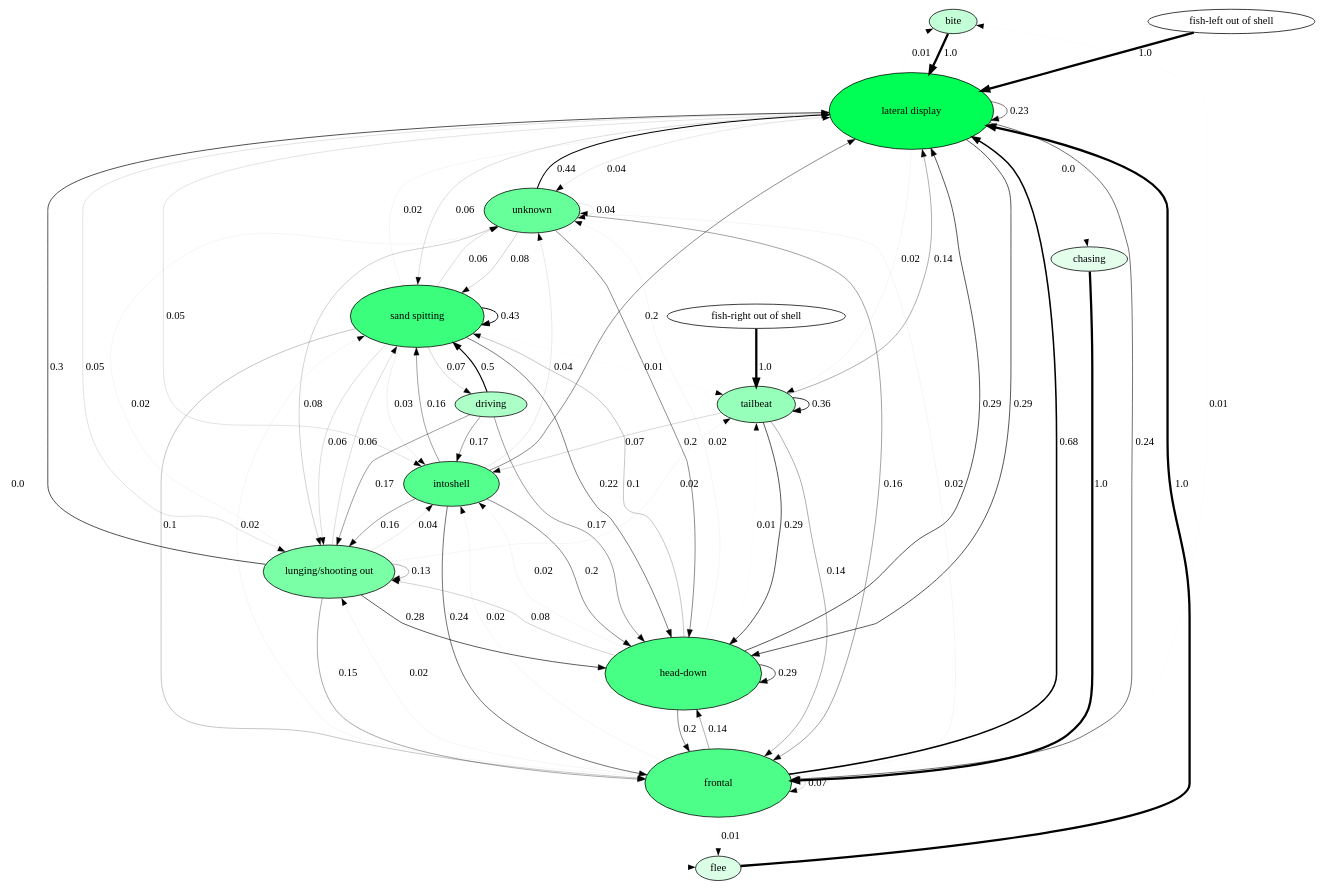
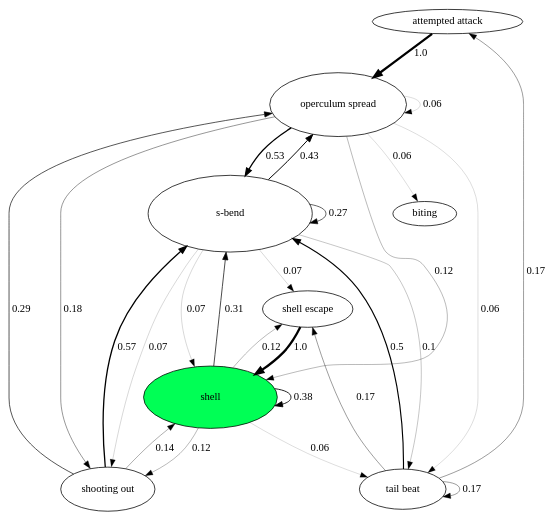
Before and after one commit to nicolkraus/AnalyzeBehavior: the diagram in images/transitions.gv, drawn with Graphviz. The commit also changed 16 other files, not shown here.

```diff
--- a/images/transitions.gv
+++ b/images/transitions.gv
@@ -1,87 +1,36 @@
 digraph  {
-bite [fillcolor="0.3888888888888889 0.23460980592076922 1", height="0.4089769934037396", style=filled, tooltip="what should &#013; be here", width="0.8763792715794421"];
-"lateral display" [fillcolor="0.3888888888888889 1.0 1", height="1.4", style=filled, tooltip="what should &#013; be here", width="3.0"];
-chasing [fillcolor="0.3888888888888889 0.10638000034776231 1", height="0.0", style=filled, tooltip="what should &#013; be here", width="0.0"];
-frontal [fillcolor="0.3888888888888889 0.6942382155338318 1", height="1.250224684719749", style=filled, tooltip="what should &#013; be here", width="2.6790528958280335"];
-driving [fillcolor="0.3888888888888889 0.32039363347958144 1", height="0.455307032949974", style=filled, tooltip="what should &#013; be here", width="0.9756579277499443"];
-"head-down" [fillcolor="0.3888888888888889 0.7159516264311926 1", height="1.3346640951735487", style=filled, tooltip="what should &#013; be here", width="2.8599944896576046"];
-intoshell [fillcolor="0.3888888888888889 0.6669990191860939 1", height="0.8179539868074792", style=filled, tooltip="what should &#013; be here", width="1.7527585431588841"];
-"lunging/shooting out" [fillcolor="0.3888888888888889 0.521376944768488 1", height="0.9783675270371591", style=filled, tooltip="what should &#013; be here", width="2.0965018436510556"];
-"sand spitting" [fillcolor="0.3888888888888889 0.7654759743606253 1", height="1.1377436399965202", style=filled, tooltip="what should &#013; be here", width="2.4380220857068293"];
-"fish-left out of shell" [fillcolor="0.3888888888888889 0.0 1", height="0.0", style=filled, tooltip="what should &#013; be here", width="0.0"];
-"fish-right out of shell" [fillcolor="0.3888888888888889 0.0 1", height="0.0", style=filled, tooltip="what should &#013; be here", width="0.0"];
-tailbeat [fillcolor="0.3888888888888889 0.40919505060510486 1", height="0.6706153270950386", style=filled, tooltip="what should &#013; be here", width="1.4370328437750828"];
-flee [fillcolor="0.3888888888888889 0.14411890605811684 1", height="0.17613680385032734", style=filled, tooltip="what should &#013; be here", width="0.37743600825070145"];
-unknown [fillcolor="0.3888888888888889 0.5939197308744592 1", height="0.8179539868074792", style=filled, tooltip="what should &#013; be here", width="1.7527585431588841"];
-bite -> "lateral display"  [label="1.0", penwidth="3.0"];
-"lateral display" -> bite  [label="0.01", penwidth="0.03"];
-"lateral display" -> chasing  [label="0.0", penwidth="0.0"];
-"lateral display" -> flee  [label="0.0", penwidth="0.0"];
-"lateral display" -> frontal  [label="0.24", penwidth="0.72"];
-"lateral display" -> "head-down"  [label="0.29", penwidth="0.8699999999999999"];
-"lateral display" -> intoshell  [label="0.05", penwidth="0.15000000000000002"];
-"lateral display" -> "lateral display"  [label="0.23", penwidth="0.6900000000000001"];
-"lateral display" -> "lunging/shooting out"  [label="0.05", penwidth="0.15000000000000002"];
-"lateral display" -> "sand spitting"  [label="0.06", penwidth="0.18"];
-"lateral display" -> tailbeat  [label="0.02", penwidth="0.06"];
-"lateral display" -> unknown  [label="0.04", penwidth="0.12"];
-chasing -> frontal  [label="1.0", penwidth="3.0"];
-frontal -> bite  [label="0.01", penwidth="0.03"];
-frontal -> flee  [label="0.01", penwidth="0.03"];
-frontal -> frontal  [label="0.07", penwidth="0.21000000000000002"];
-frontal -> "head-down"  [label="0.14", penwidth="0.42000000000000004"];
-frontal -> intoshell  [label="0.02", penwidth="0.06"];
-frontal -> "lateral display"  [label="0.68", penwidth="2.04"];
-frontal -> "lunging/shooting out"  [label="0.02", penwidth="0.06"];
-frontal -> "sand spitting"  [label="0.02", penwidth="0.06"];
-frontal -> unknown  [label="0.02", penwidth="0.06"];
-driving -> "head-down"  [label="0.17", penwidth="0.51"];
-driving -> intoshell  [label="0.17", penwidth="0.51"];
-driving -> "lunging/shooting out"  [label="0.17", penwidth="0.51"];
-driving -> "sand spitting"  [label="0.5", penwidth="1.5"];
-"head-down" -> frontal  [label="0.2", penwidth="0.6000000000000001"];
-"head-down" -> "head-down"  [label="0.29", penwidth="0.8699999999999999"];
-"head-down" -> intoshell  [label="0.02", penwidth="0.06"];
-"head-down" -> "lateral display"  [label="0.29", penwidth="0.8699999999999999"];
-"head-down" -> "lunging/shooting out"  [label="0.08", penwidth="0.24"];
-"head-down" -> "sand spitting"  [label="0.1", penwidth="0.30000000000000004"];
-"head-down" -> tailbeat  [label="0.01", penwidth="0.03"];
-"head-down" -> unknown  [label="0.02", penwidth="0.06"];
-intoshell -> frontal  [label="0.24", penwidth="0.72"];
-intoshell -> "head-down"  [label="0.2", penwidth="0.6000000000000001"];
-intoshell -> "lateral display"  [label="0.2", penwidth="0.6000000000000001"];
-intoshell -> "lunging/shooting out"  [label="0.16", penwidth="0.48"];
-intoshell -> "sand spitting"  [label="0.16", penwidth="0.48"];
-intoshell -> unknown  [label="0.04", penwidth="0.12"];
-"lunging/shooting out" -> frontal  [label="0.15", penwidth="0.44999999999999996"];
-"lunging/shooting out" -> "head-down"  [label="0.28", penwidth="0.8400000000000001"];
-"lunging/shooting out" -> intoshell  [label="0.04", penwidth="0.12"];
-"lunging/shooting out" -> "lateral display"  [label="0.3", penwidth="0.8999999999999999"];
-"lunging/shooting out" -> "lunging/shooting out"  [label="0.13", penwidth="0.39"];
-"lunging/shooting out" -> "sand spitting"  [label="0.06", penwidth="0.18"];
-"lunging/shooting out" -> tailbeat  [label="0.02", penwidth="0.06"];
-"lunging/shooting out" -> unknown  [label="0.02", penwidth="0.06"];
-"sand spitting" -> driving  [label="0.07", penwidth="0.21000000000000002"];
-"sand spitting" -> frontal  [label="0.1", penwidth="0.30000000000000004"];
-"sand spitting" -> "head-down"  [label="0.22", penwidth="0.66"];
-"sand spitting" -> intoshell  [label="0.03", penwidth="0.09"];
-"sand spitting" -> "lateral display"  [label="0.02", penwidth="0.06"];
-"sand spitting" -> "lunging/shooting out"  [label="0.06", penwidth="0.18"];
-"sand spitting" -> "sand spitting"  [label="0.43", penwidth="1.29"];
-"sand spitting" -> tailbeat  [label="0.01", penwidth="0.03"];
-"sand spitting" -> unknown  [label="0.06", penwidth="0.18"];
-"fish-left out of shell" -> "lateral display"  [label="1.0", penwidth="3.0"];
-"fish-right out of shell" -> tailbeat  [label="1.0", penwidth="3.0"];
-tailbeat -> frontal  [label="0.14", penwidth="0.42000000000000004"];
-tailbeat -> "head-down"  [label="0.29", penwidth="0.8699999999999999"];
-tailbeat -> intoshell  [label="0.07", penwidth="0.21000000000000002"];
-tailbeat -> "lateral display"  [label="0.14", penwidth="0.42000000000000004"];
-tailbeat -> tailbeat  [label="0.36", penwidth="1.08"];
-flee -> "lateral display"  [label="1.0", penwidth="3.0"];
-unknown -> frontal  [label="0.16", penwidth="0.48"];
-unknown -> "head-down"  [label="0.2", penwidth="0.6000000000000001"];
-unknown -> "lateral display"  [label="0.44", penwidth="1.32"];
-unknown -> "lunging/shooting out"  [label="0.08", penwidth="0.24"];
-unknown -> "sand spitting"  [label="0.08", penwidth="0.24"];
-unknown -> unknown  [label="0.04", penwidth="0.12"];
+"attempted attack" [fillcolor="0.3888888888888889 0.0 1", height="0.0", style=filled, tooltip="what should &#013; be here", width="0.0"];
+"operculum spread" [fillcolor="0.3888888888888889 0.0 1", height="1.16620655509863", style=filled, tooltip="what should &#013; be here", width="2.4990140466399215"];
+biting [fillcolor="0.3888888888888889 0.0 1", height="0.0", style=filled, tooltip="what should &#013; be here", width="0.0"];
+"s-bend" [fillcolor="0.3888888888888889 0.0 1", height="1.4", style=filled, tooltip="what should &#013; be here", width="3.0"];
+shell [fillcolor="0.3888888888888889 1.0 1", height="1.1412522637068345", style=filled, tooltip="what should &#013; be here", width="2.445540565086074"];
+"shooting out" [fillcolor="0.3888888888888889 0.0 1", height="0.8009750399566912", style=filled, tooltip="what should &#013; be here", width="1.7163750856214812"];
+"tail beat" [fillcolor="0.3888888888888889 0.0 1", height="0.7375235763863248", style=filled, tooltip="what should &#013; be here", width="1.5804076636849818"];
+"shell escape" [fillcolor="0.3888888888888889 0.0 1", height="0.662476423613675", style=filled, tooltip="what should &#013; be here", width="1.4195923363150178"];
+"attempted attack" -> "operculum spread"  [label="1.0", penwidth="3.0"];
+"operculum spread" -> biting  [label="0.06", penwidth="0.18"];
+"operculum spread" -> "operculum spread"  [label="0.06", penwidth="0.18"];
+"operculum spread" -> "s-bend"  [label="0.53", penwidth="1.59"];
+"operculum spread" -> shell  [label="0.12", penwidth="0.36"];
+"operculum spread" -> "shooting out"  [label="0.18", penwidth="0.54"];
+"operculum spread" -> "tail beat"  [label="0.06", penwidth="0.18"];
+"s-bend" -> "operculum spread"  [label="0.43", penwidth="1.29"];
+"s-bend" -> "s-bend"  [label="0.27", penwidth="0.81"];
+"s-bend" -> shell  [label="0.07", penwidth="0.21000000000000002"];
+"s-bend" -> "shell escape"  [label="0.07", penwidth="0.21000000000000002"];
+"s-bend" -> "shooting out"  [label="0.07", penwidth="0.21000000000000002"];
+"s-bend" -> "tail beat"  [label="0.1", penwidth="0.30000000000000004"];
+shell -> "s-bend"  [label="0.31", penwidth="0.9299999999999999"];
+shell -> shell  [label="0.38", penwidth="1.1400000000000001"];
+shell -> "shell escape"  [label="0.12", penwidth="0.36"];
+shell -> "shooting out"  [label="0.12", penwidth="0.36"];
+shell -> "tail beat"  [label="0.06", penwidth="0.18"];
+"shooting out" -> "operculum spread"  [label="0.29", penwidth="0.8699999999999999"];
+"shooting out" -> "s-bend"  [label="0.57", penwidth="1.71"];
+"shooting out" -> shell  [label="0.14", penwidth="0.42000000000000004"];
+"tail beat" -> "attempted attack"  [label="0.17", penwidth="0.51"];
+"tail beat" -> "s-bend"  [label="0.5", penwidth="1.5"];
+"tail beat" -> "shell escape"  [label="0.17", penwidth="0.51"];
+"tail beat" -> "tail beat"  [label="0.17", penwidth="0.51"];
+"shell escape" -> shell  [label="1.0", penwidth="3.0"];
 }
```
